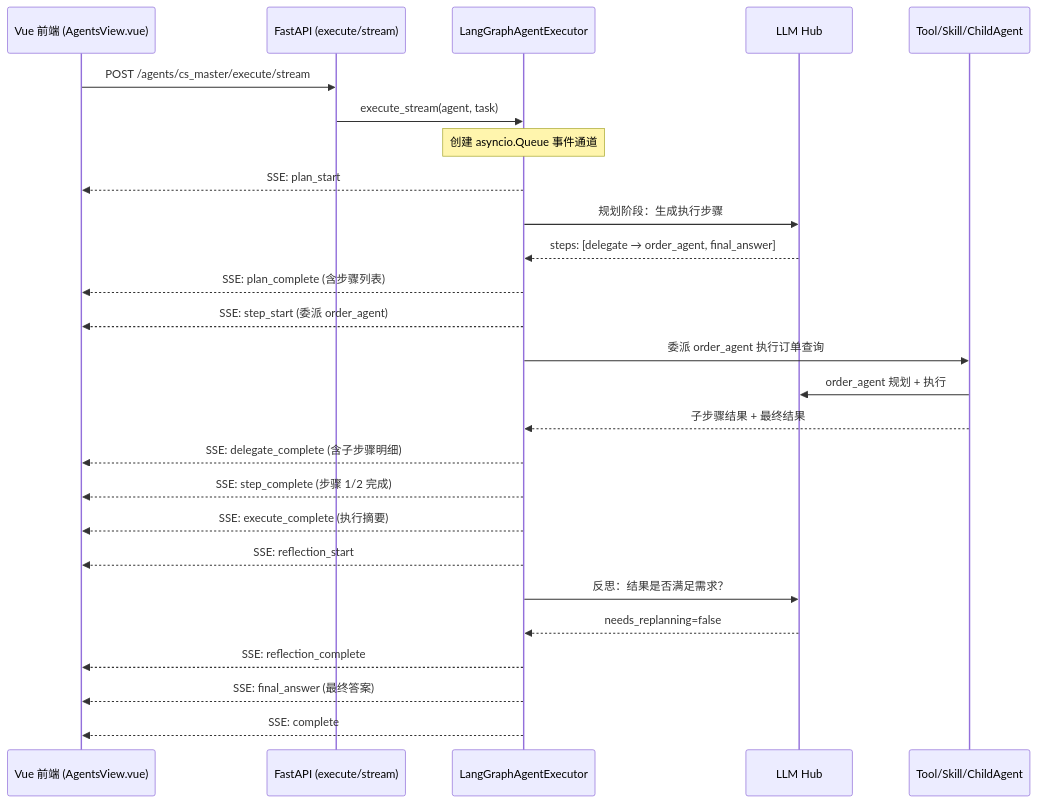
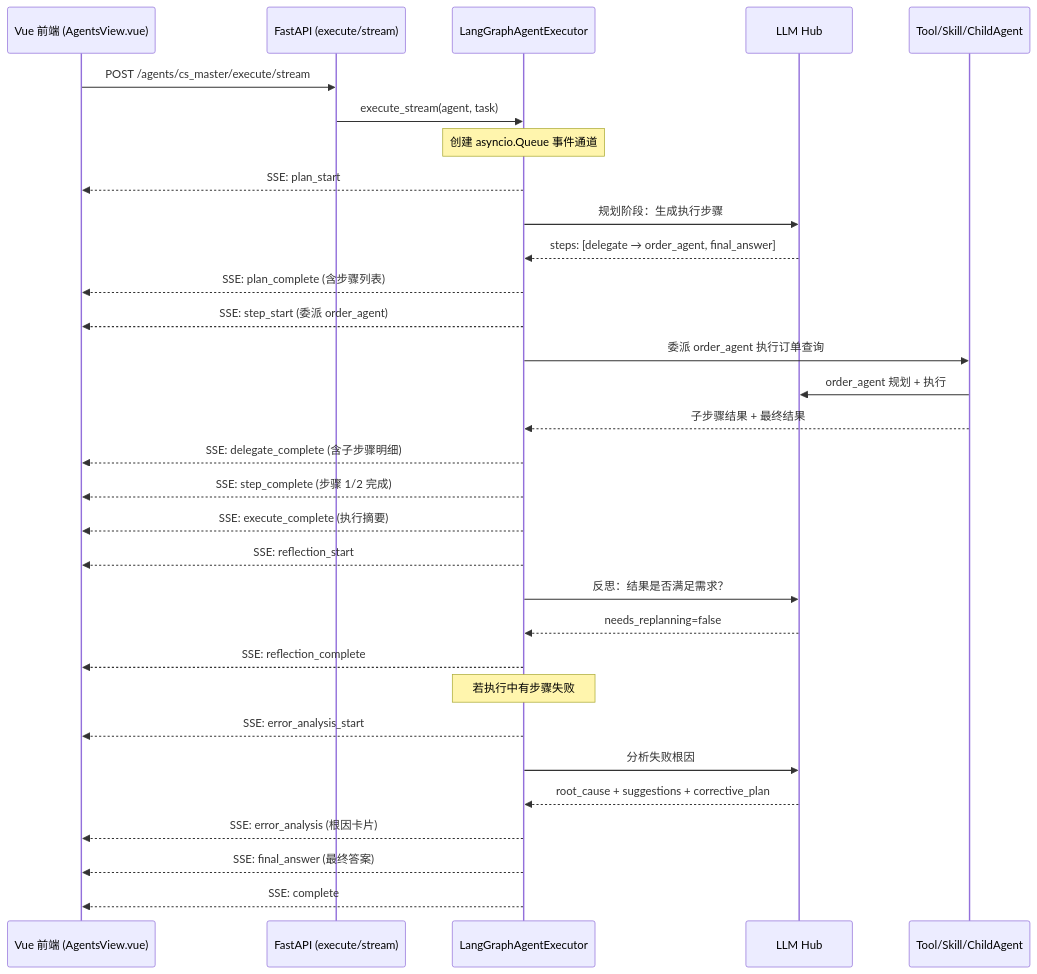
The fourth of 4 diagrams in README.md (HokageYeah/ai-agent), drawn with Mermaid before and after one commit. The commit also changed other lines of this file and 10 other files, not shown here.

````diff
--- a/README.md
+++ b/README.md
@@ -342,35 +398,41 @@
 ```mermaid
 sequenceDiagram
     participant Web as Vue 前端 (AgentsView.vue)
     participant API as FastAPI (execute/stream)
     participant Exec as LangGraphAgentExecutor
     participant LLM as LLM Hub
     participant Tools as Tool/Skill/ChildAgent
 
     Web->>API: POST /agents/cs_master/execute/stream
     API->>Exec: execute_stream(agent, task)
     
     Note over Exec: 创建 asyncio.Queue 事件通道
 
     Exec-->>Web: SSE: plan_start
     Exec->>LLM: 规划阶段：生成执行步骤
     LLM-->>Exec: steps: [delegate → order_agent, final_answer]
     Exec-->>Web: SSE: plan_complete (含步骤列表)
 
     Exec-->>Web: SSE: step_start (委派 order_agent)
     Exec->>Tools: 委派 order_agent 执行订单查询
     Tools->>LLM: order_agent 规划 + 执行
     Tools-->>Exec: 子步骤结果 + 最终结果
     Exec-->>Web: SSE: delegate_complete (含子步骤明细)
 
     Exec-->>Web: SSE: step_complete (步骤 1/2 完成)
     Exec-->>Web: SSE: execute_complete (执行摘要)
 
     Exec-->>Web: SSE: reflection_start
     Exec->>LLM: 反思：结果是否满足需求？
     LLM-->>Exec: needs_replanning=false
     Exec-->>Web: SSE: reflection_complete
 
+    Note over Exec: 若执行中有步骤失败
+    Exec-->>Web: SSE: error_analysis_start
+    Exec->>LLM: 分析失败根因
+    LLM-->>Exec: root_cause + suggestions + corrective_plan
+    Exec-->>Web: SSE: error_analysis (根因卡片)
+
     Exec-->>Web: SSE: final_answer (最终答案)
     Exec-->>Web: SSE: complete
 ```
````
